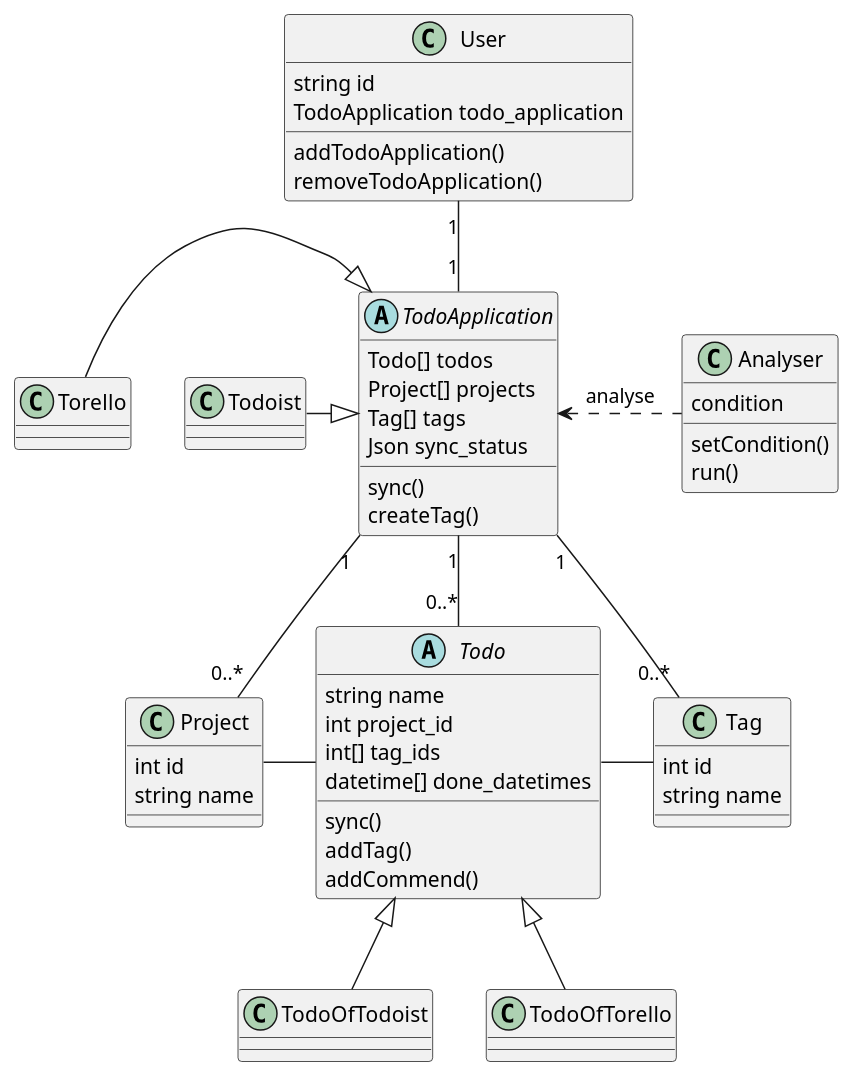
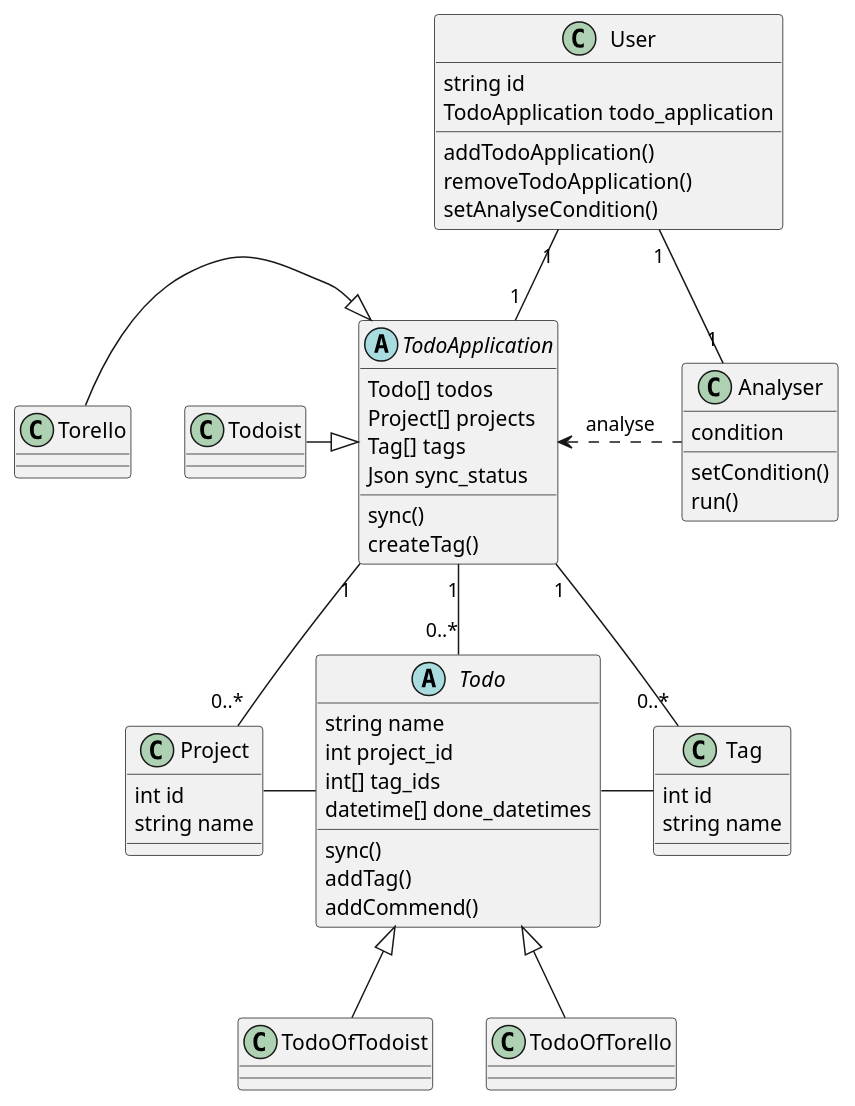
Before and after one commit to to-maru/tododog: the diagram in uml/classes.puml, drawn with PlantUML.

Commit message:
analyser関連の記述を追加

```diff
--- a/uml/classes.puml
+++ b/uml/classes.puml
@@ -1,63 +1,65 @@
 @startuml
 'https://plantuml.com/class-diagram
 
 
 class User {
 string id
 TodoApplication todo_application
 addTodoApplication()
 removeTodoApplication()
+setAnalyseCondition()
 }
 
 abstract class TodoApplication {
 Todo[] todos
 Project[] projects
 Tag[] tags
 Json sync_status
 sync()
 createTag()
 }
 
 abstract class Todo {
 string name
 int project_id
 int[] tag_ids
 datetime[] done_datetimes
 sync()
 addTag()
 addCommend()
 }
 
 class Analyser {
 condition
 setCondition()
 run()
 }
 
 class Project {
 int id
 string name
 }
 
 class Tag {
 int id
 string name
 }
 
 Analyser .left> TodoApplication : analyse
 
 User "1"--"1" TodoApplication
+User "1"--"1" Analyser
 
 TodoApplication "1"--"0..*" Todo
 TodoApplication "1"--"0..*" Project
 TodoApplication "1"--"0..*" Tag
 Todo -left Project
 Todo -right Tag
 
 TodoApplication <|-left Todoist
 TodoApplication <|-left Torello
 
 Todo <|-- TodoOfTodoist
 Todo <|-- TodoOfTorello
 
 @enduml
```
